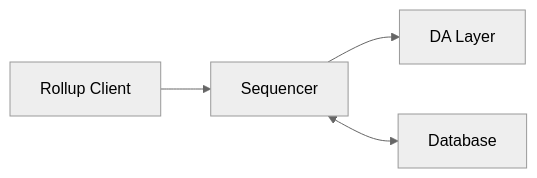
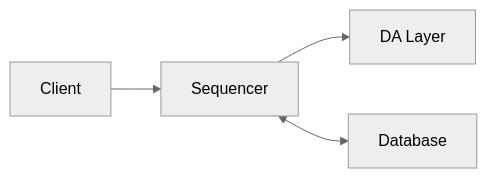
The first of 6 diagrams in sequencers/single/README.md (rollkit/rollkit), drawn with Mermaid (neutral theme) before and after one commit. The commit also changed other lines of this file and 27 other files, not shown here.

````diff
--- a/sequencers/single/README.md
+++ b/sequencers/single/README.md
@@ -9,6 +9,6 @@
 ```mermaid
 flowchart LR
-    Client["Rollup Client"] --> Sequencer
+    Client["Client"] --> Sequencer
     Sequencer --> DA["DA Layer"]
     Sequencer <--> Database
 ```
````
